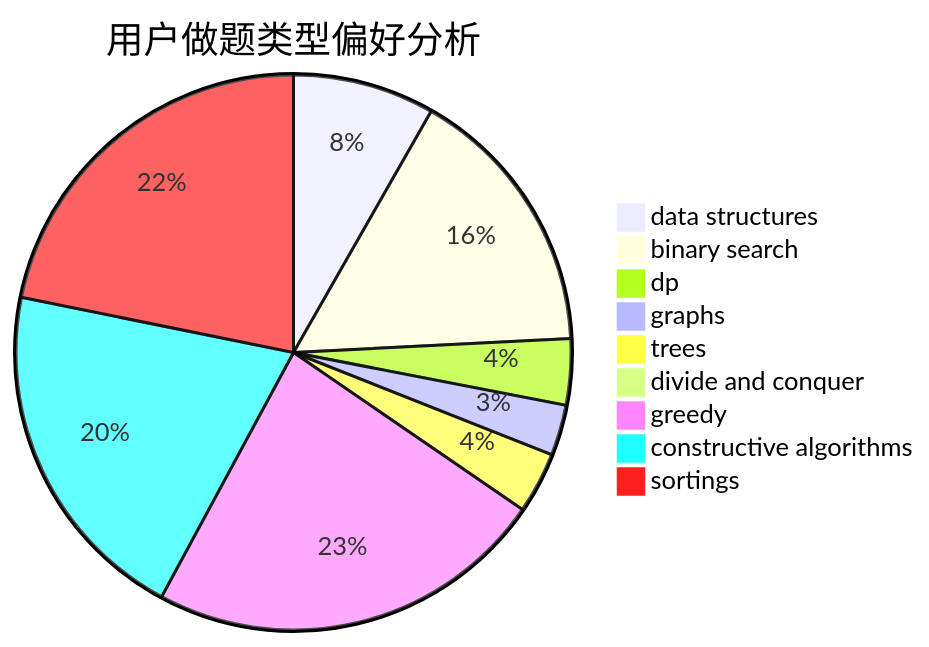
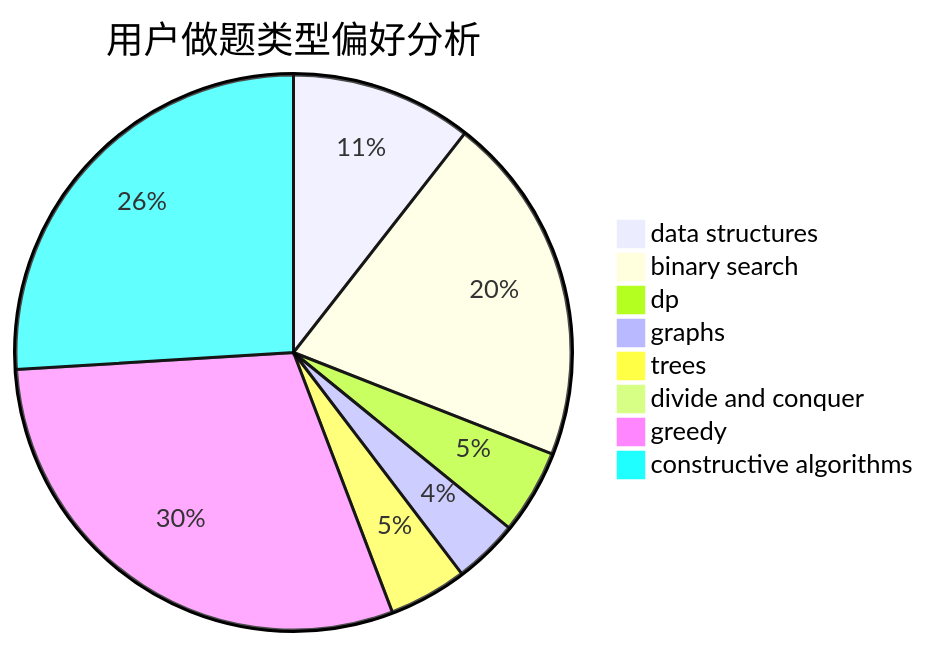
The second of 3 diagrams in docs/user/u974.md (sherpahu/cfrs.github.io), drawn with Mermaid before and after one commit. The commit also changed other lines of this file and 2769 other files, not shown here.

````diff
--- a/docs/user/u974.md
+++ b/docs/user/u974.md
@@ -18,12 +18,11 @@
 ```mermaid
 pie title 用户做题类型偏好分析
     "data structures" :  176
     "binary search" :  340
     "dp" :  82
     "graphs" :  63
     "trees" :  76
     "divide and conquer" :  0
     "greedy" :  497
     "constructive algorithms" :  433
-    "sortings" :  465
 ```
````
